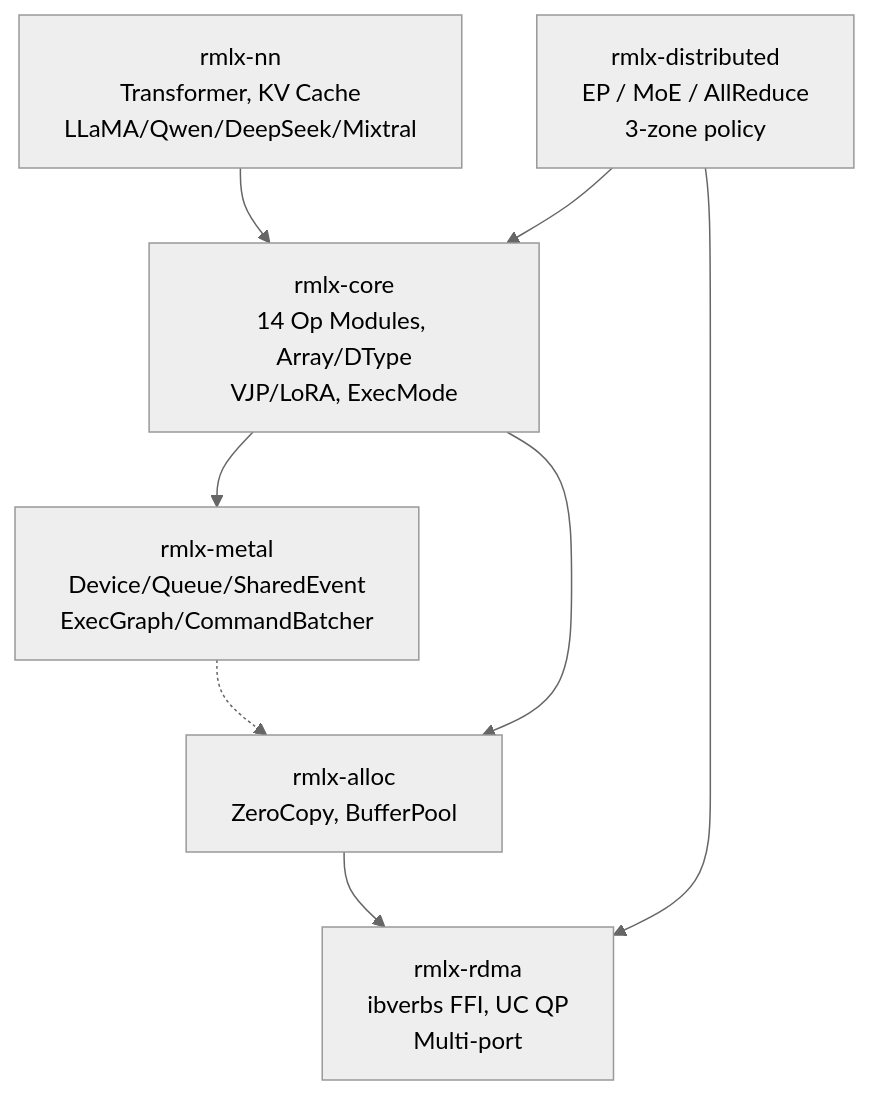
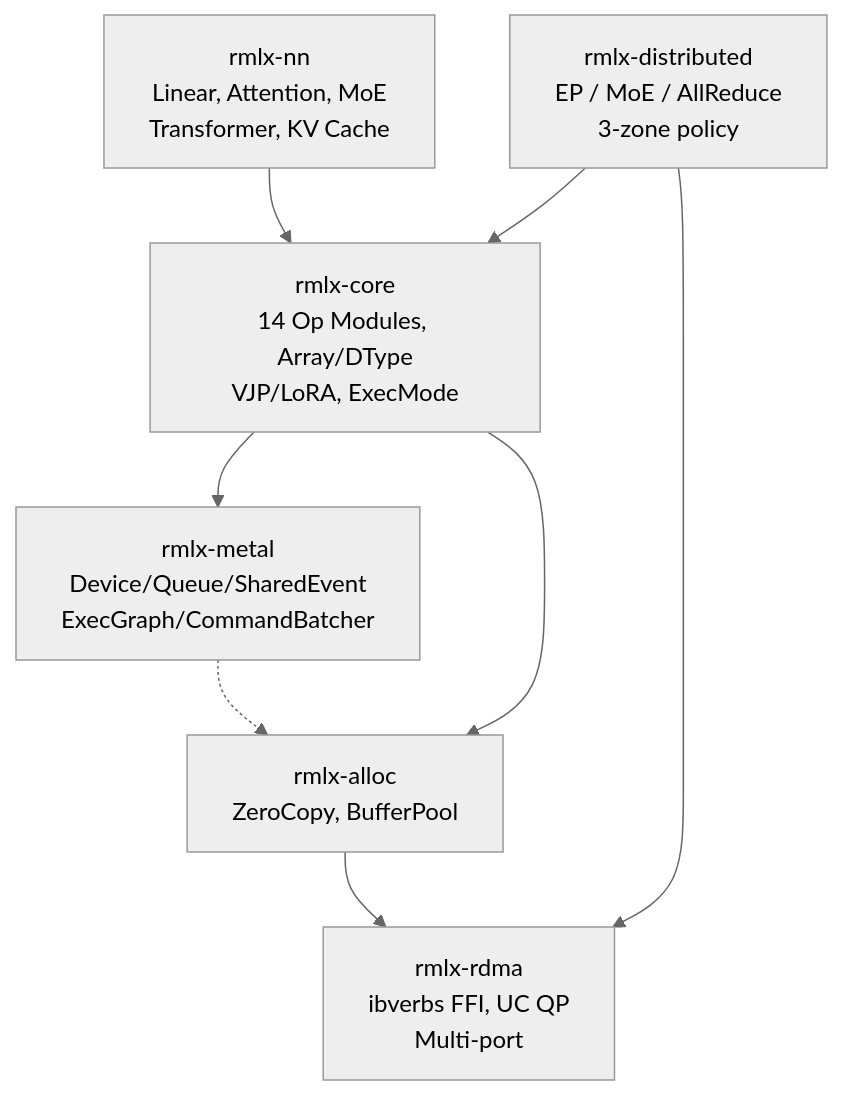
Before and after one commit to 0xDaizz/RMLX: the diagram in README.md, drawn with Mermaid (neutral theme). The commit also changed other lines of this file and 16 other files, not shown here.

````diff
--- a/README.md
+++ b/README.md
@@ -68,17 +68,17 @@
 ```mermaid
 graph TD
-    NN["rmlx-nn<br/>Transformer, KV Cache<br/>LLaMA/Qwen/DeepSeek/Mixtral"]
+    NN["rmlx-nn<br/>Linear, Attention, MoE<br/>Transformer, KV Cache"]
     CORE["rmlx-core<br/>14 Op Modules, Array/DType<br/>VJP/LoRA, ExecMode"]
     DIST["rmlx-distributed<br/>EP / MoE / AllReduce<br/>3-zone policy"]
     METAL["rmlx-metal<br/>Device/Queue/SharedEvent<br/>ExecGraph/CommandBatcher"]
     ALLOC["rmlx-alloc<br/>ZeroCopy, BufferPool"]
     RDMA["rmlx-rdma<br/>ibverbs FFI, UC QP<br/>Multi-port"]
 
     NN --> CORE
     CORE --> METAL
     CORE --> ALLOC
     DIST --> CORE
     DIST --> RDMA
     ALLOC --> RDMA
     METAL -.-> ALLOC
 ```
````
